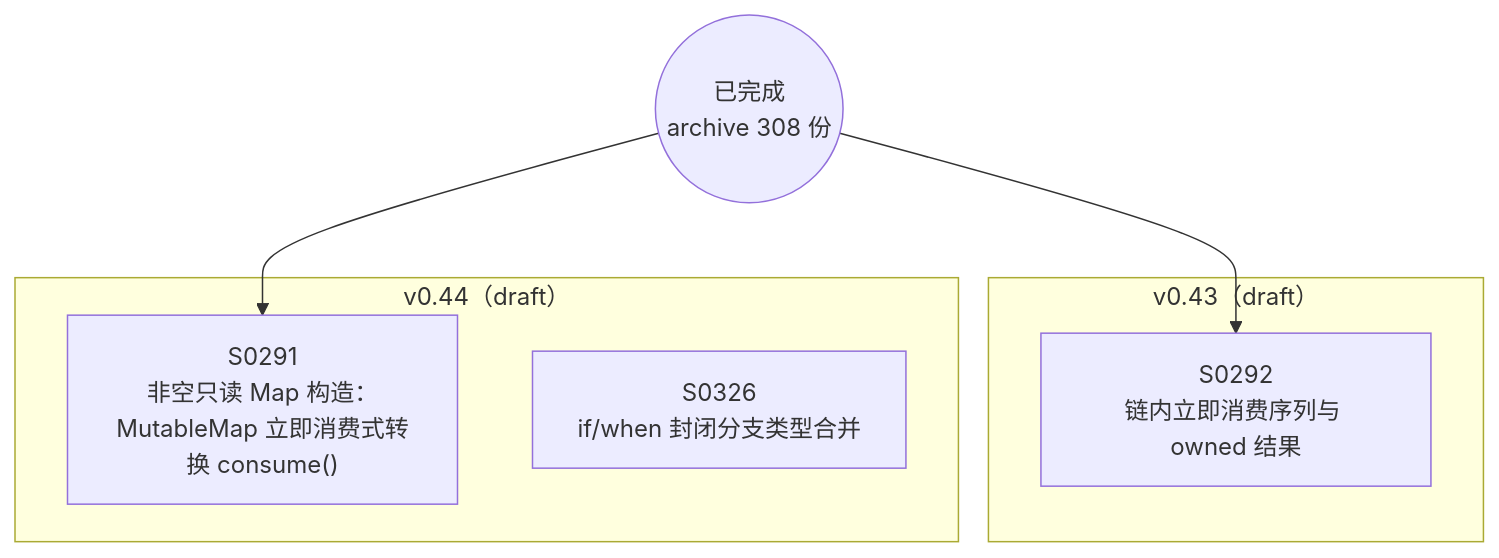
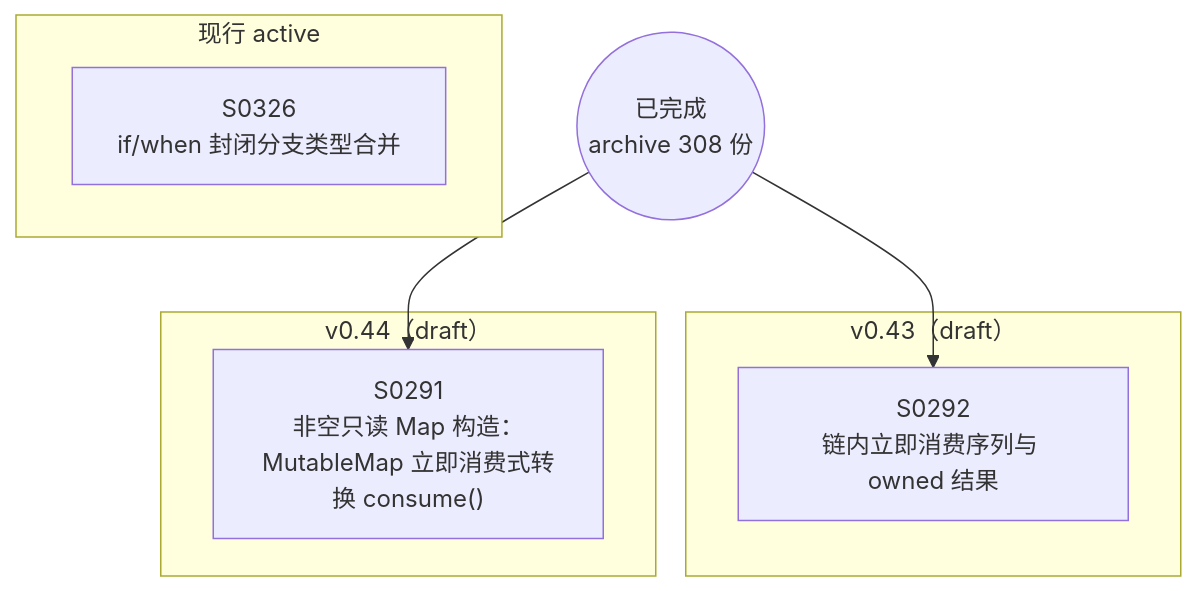
The diagram in docs/specs/dependency-graph.md (Halckon/Koven), drawn with Mermaid before and after one commit. The commit also changed other lines of this file and 8 other files, not shown here.

````diff
--- a/docs/specs/dependency-graph.md
+++ b/docs/specs/dependency-graph.md
@@ -9,13 +9,15 @@
 ```mermaid
 flowchart TD
 ARCH(("已完成<br/>archive 308 份"))
+subgraph Gactive["现行 active"]
+  S0326["S0326<br/>if/when 封闭分支类型合并"]
+end
 subgraph Gdrafts_v043["v0.43（draft）"]
   S0292["S0292<br/>链内立即消费序列与 owned 结果"]
 end
 subgraph Gdrafts_v044["v0.44（draft）"]
   S0291["S0291<br/>非空只读 Map 构造：MutableMap 立即消费式转换 consume()"]
-  S0326["S0326<br/>if/when 封闭分支类型合并"]
 end
 ARCH --> S0291
 ARCH --> S0292
 ```
````
